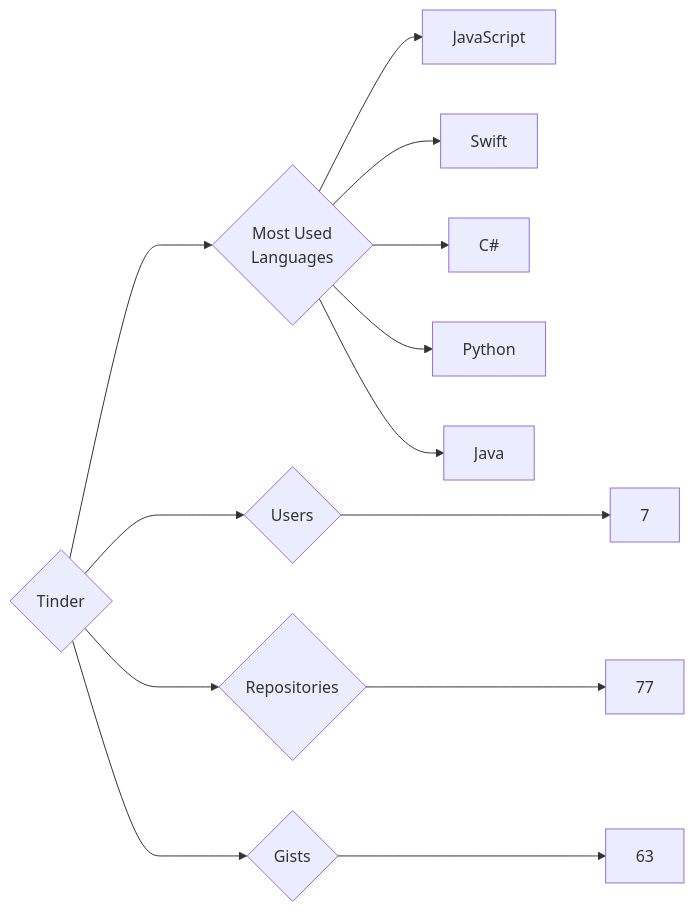
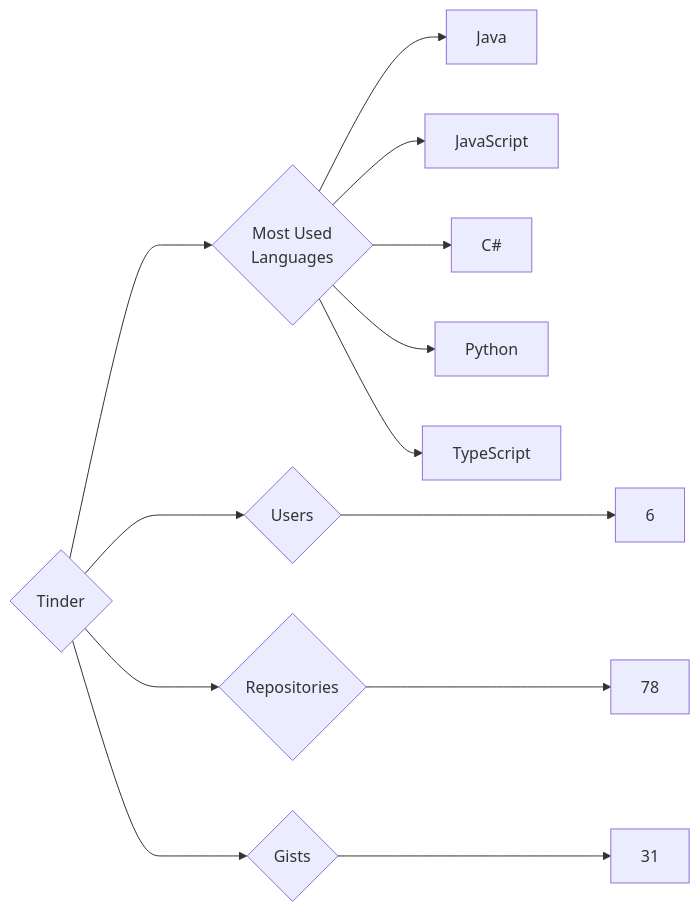
One commit to trickest/insiders changed the diagram in targets/Tinder/README.md. Above: the diagram before and after it, drawn with Mermaid. The commit also changed 969 other files, not shown here.

````diff
--- a/targets/Tinder/README.md
+++ b/targets/Tinder/README.md
@@ -3,13 +3,13 @@
 ```mermaid
 graph LR
 COMPANY_NAME{Tinder}
-COMPANY_NAME ---> U{Users} ---> UN[7]
-COMPANY_NAME ---> R{Repositories} ---> RN[77]
-COMPANY_NAME ---> G{Gists} ---> GN[63]
+COMPANY_NAME ---> U{Users} ---> UN[6]
+COMPANY_NAME ---> R{Repositories} ---> RN[78]
+COMPANY_NAME ---> G{Gists} ---> GN[31]
 COMPANY_NAME ---> ML{Most Used<br>Languages}
+ML --> Java[Java]
 ML --> JavaScript[JavaScript]
-ML --> Swift[Swift]
 ML --> C#[C#]
 ML --> Python[Python]
-ML --> Java[Java]
+ML --> TypeScript[TypeScript]
 ```
````
